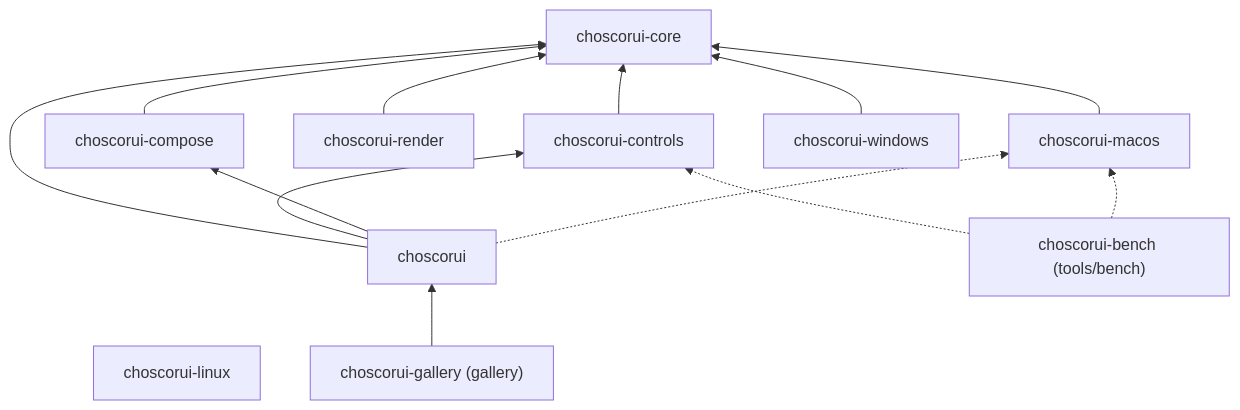
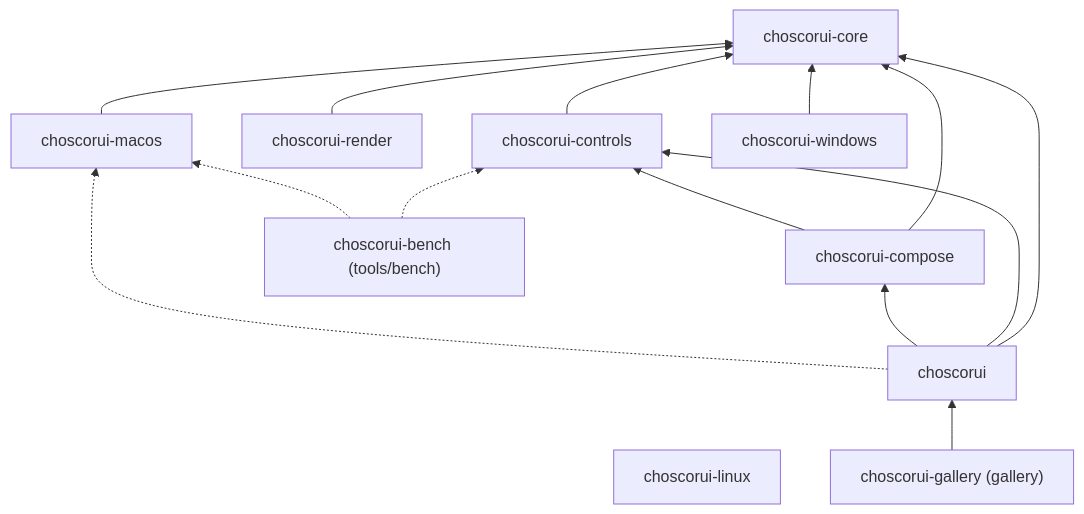
Before and after one commit to choscor/choscorui: the first of 2 diagrams in docs/architecture.md, drawn with Mermaid. The commit also changed other lines of this file and 26 other files, not shown here.

````diff
--- a/docs/architecture.md
+++ b/docs/architecture.md
@@ -113,25 +125,26 @@
 ```mermaid
 flowchart BT
     core["choscorui-core"]
     controls["choscorui-controls"]
     compose["choscorui-compose"]
     render["choscorui-render"]
     macos["choscorui-macos"]
     windows["choscorui-windows"]
     linux["choscorui-linux"]
     facade["choscorui"]
     gallery["choscorui-gallery (gallery)"]
     bench["choscorui-bench (tools/bench)"]
     controls --> core
     compose --> core
+    compose --> controls
     render --> core
     macos --> core
     windows --> core
     facade --> core
     facade --> controls
     facade --> compose
     facade -.-> macos
     gallery --> facade
     bench -.-> controls
     bench -.-> macos
 ```
````
